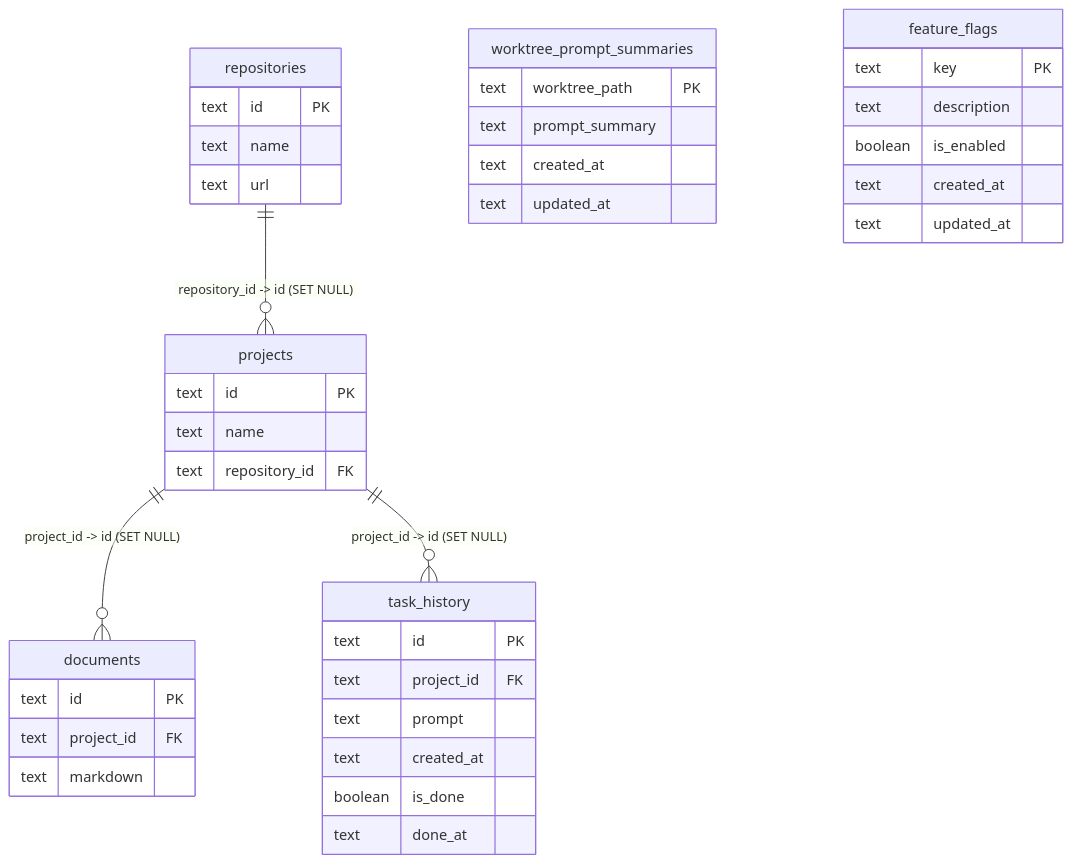
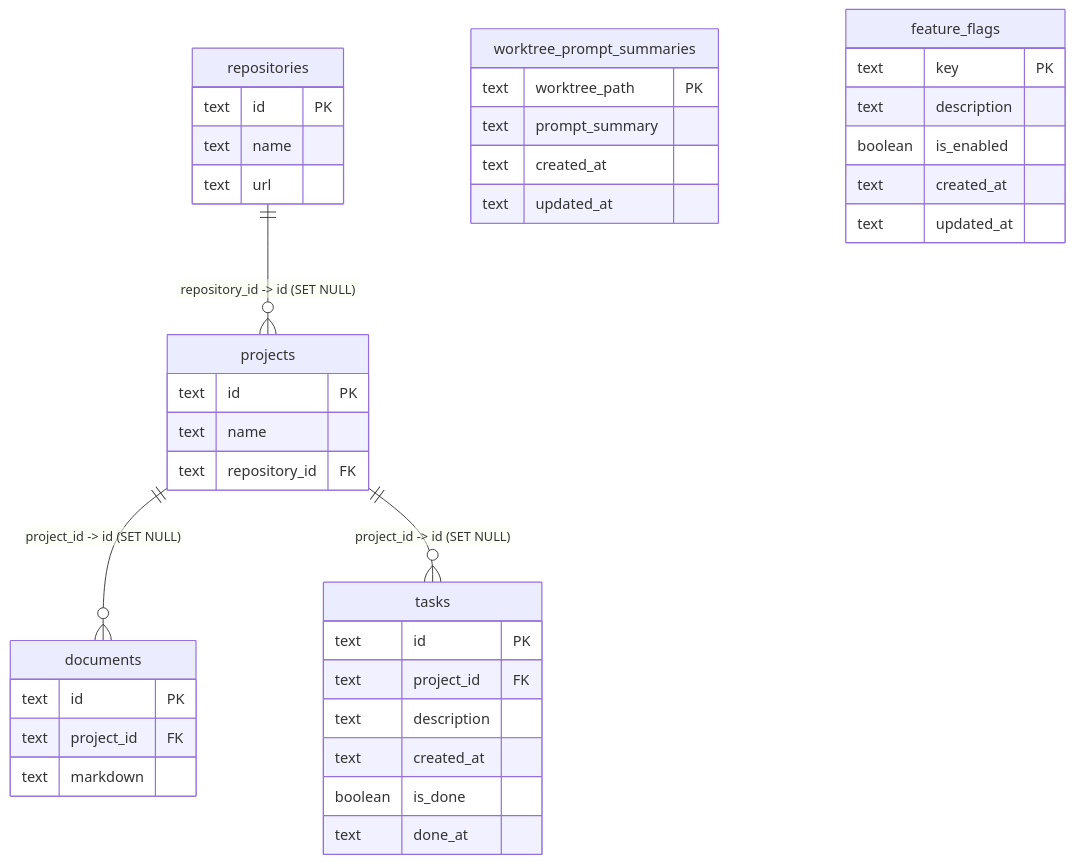
The diagram in src/backend/db/local/README.md (TurtleStoffel/tektite-console), drawn with Mermaid before and after one commit. The commit also changed other lines of this file and 12 other files, not shown here.

````diff
--- a/src/backend/db/local/README.md
+++ b/src/backend/db/local/README.md
@@ -7,48 +7,48 @@
 ```mermaid
 erDiagram
     repositories ||--o{ projects : "repository_id -> id (SET NULL)"
     projects ||--o{ documents : "project_id -> id (SET NULL)"
-    projects ||--o{ task_history : "project_id -> id (SET NULL)"
+    projects ||--o{ tasks : "project_id -> id (SET NULL)"
 
     repositories {
         text id PK
         text name
         text url
     }
 
     projects {
         text id PK
         text name
         text repository_id FK
     }
 
     documents {
         text id PK
         text project_id FK
         text markdown
     }
 
-    task_history {
+    tasks {
         text id PK
         text project_id FK
-        text prompt
+        text description
         text created_at
         boolean is_done
         text done_at
     }
 
     worktree_prompt_summaries {
         text worktree_path PK
         text prompt_summary
         text created_at
         text updated_at
     }
 
     feature_flags {
         text key PK
         text description
         boolean is_enabled
         text created_at
         text updated_at
     }
 ```
````
